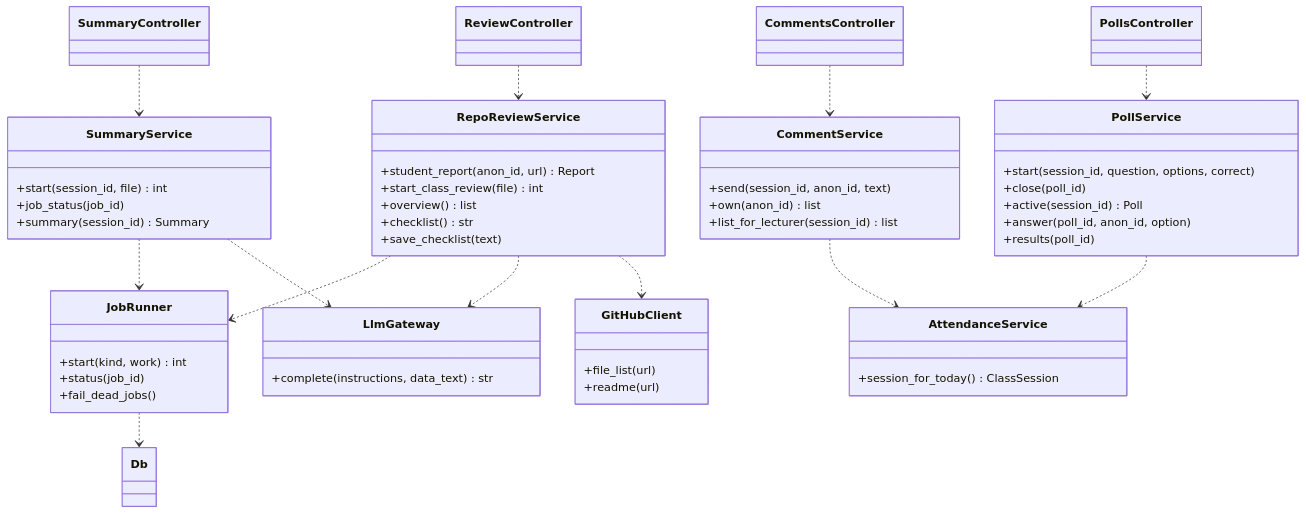
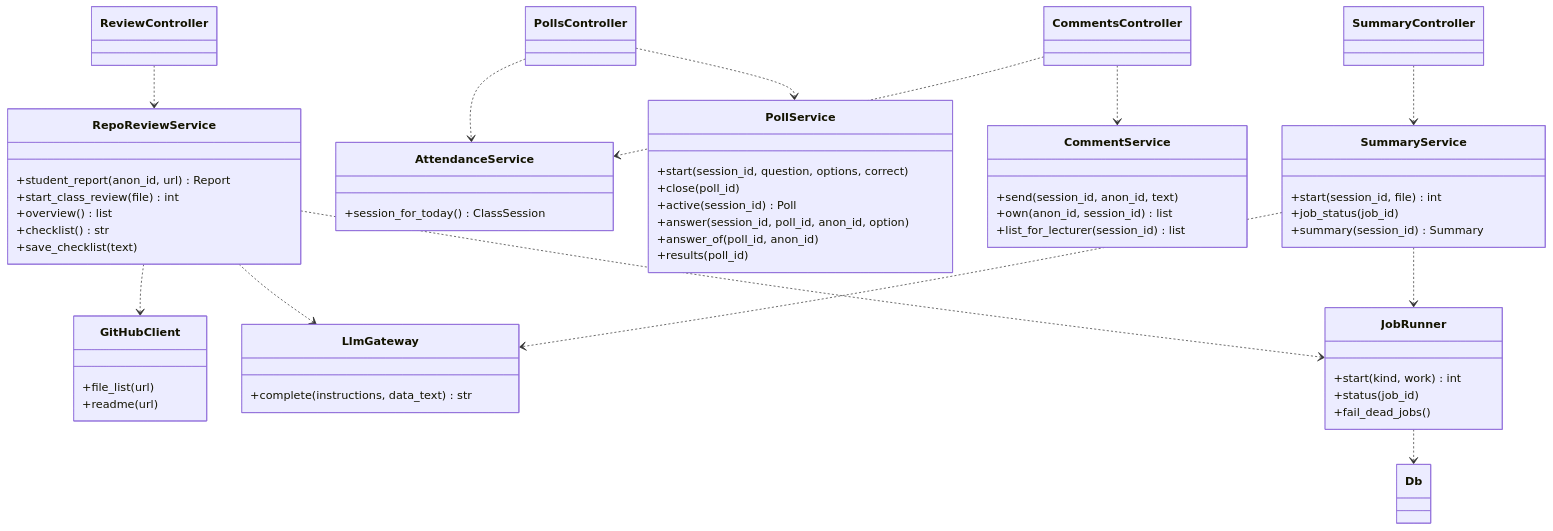
Before and after one commit to Gashaw-ambaw/Ex2: the second of 7 diagrams in docs/edd.md, drawn with Mermaid. The commit also changed other lines of this file and 8 other files, not shown here.

````diff
--- a/docs/edd.md
+++ b/docs/edd.md
@@ -182,59 +182,60 @@
 ```mermaid
 classDiagram
   class CommentsController
   class PollsController
   class SummaryController
   class ReviewController
   class CommentService {
     +send(session_id, anon_id, text)
-    +own(anon_id) list
+    +own(anon_id, session_id) list
     +list_for_lecturer(session_id) list
   }
   class PollService {
     +start(session_id, question, options, correct)
     +close(poll_id)
     +active(session_id) Poll
-    +answer(poll_id, anon_id, option)
+    +answer(session_id, poll_id, anon_id, option)
+    +answer_of(poll_id, anon_id)
     +results(poll_id)
   }
   class SummaryService {
     +start(session_id, file) int
     +job_status(job_id)
     +summary(session_id) Summary
   }
   class RepoReviewService {
     +student_report(anon_id, url) Report
     +start_class_review(file) int
     +overview() list
     +checklist() str
     +save_checklist(text)
   }
   class LlmGateway {
     +complete(instructions, data_text) str
   }
   class GitHubClient {
     +file_list(url)
     +readme(url)
   }
   class JobRunner {
     +start(kind, work) int
     +status(job_id)
     +fail_dead_jobs()
   }
   class AttendanceService {
     +session_for_today() ClassSession
   }
   class Db
   CommentsController ..> CommentService
   PollsController ..> PollService
   SummaryController ..> SummaryService
   ReviewController ..> RepoReviewService
-  CommentService ..> AttendanceService
-  PollService ..> AttendanceService
+  CommentsController ..> AttendanceService
+  PollsController ..> AttendanceService
   SummaryService ..> JobRunner
   SummaryService ..> LlmGateway
   RepoReviewService ..> JobRunner
   RepoReviewService ..> LlmGateway
   RepoReviewService ..> GitHubClient
   JobRunner ..> Db
 ```
````
